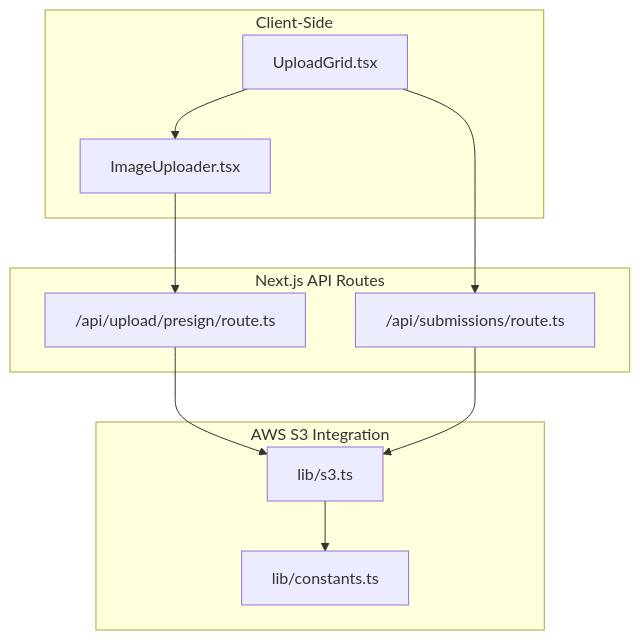
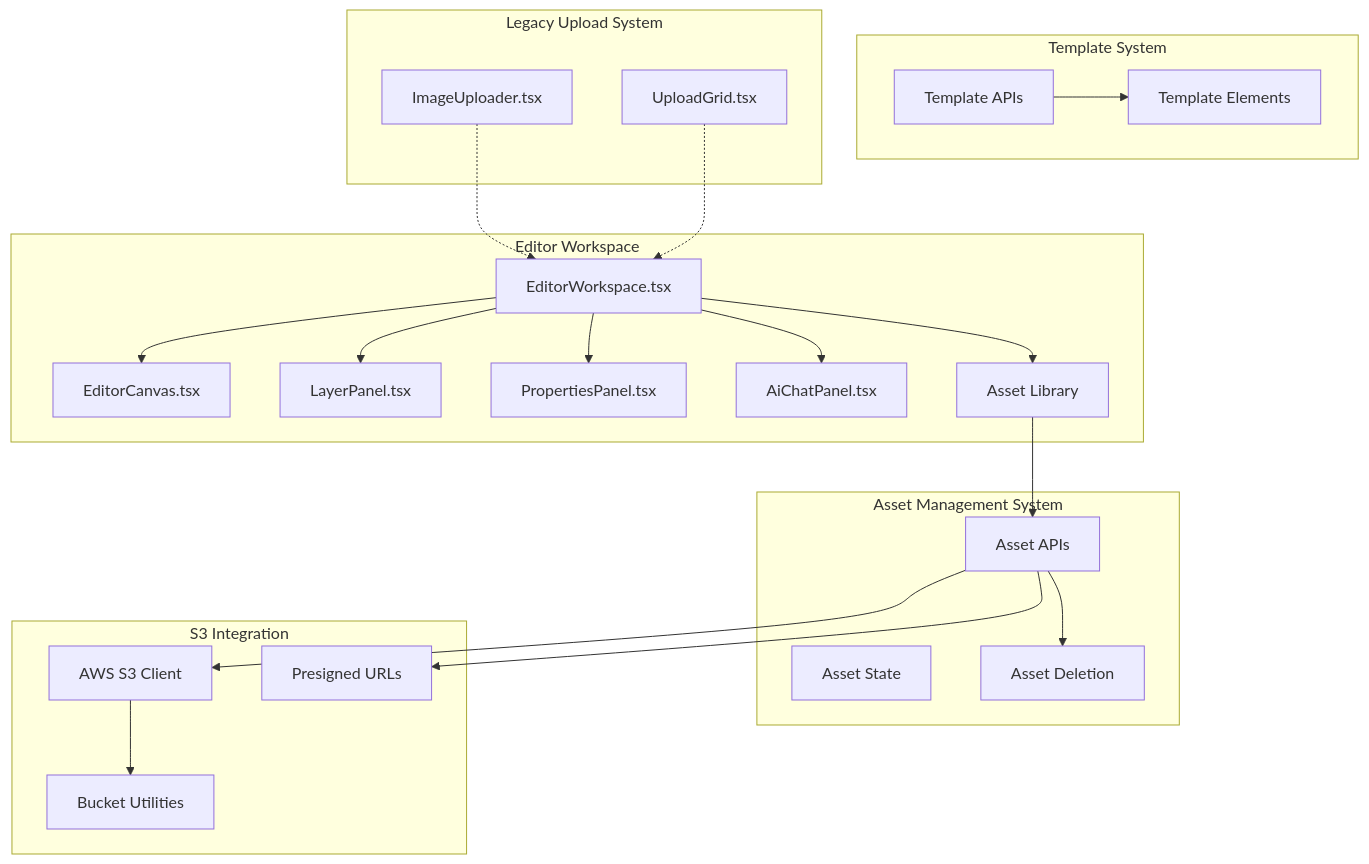
Before and after one commit to Crowdspender/titchybooks-app: the first of 12 diagrams in .qoder/repowiki/en/content/Image Upload System/Image Upload System.md, drawn with Mermaid. The commit also changed other lines of this file and 62 other files, not shown here.

````diff
--- a/.qoder/repowiki/en/content/Image Upload System/Image Upload System.md
+++ b/.qoder/repowiki/en/content/Image Upload System/Image Upload System.md
@@ -36,21 +68,42 @@
 ```mermaid
 graph TB
-subgraph "Client-Side"
-IG["UploadGrid.tsx"]
+subgraph "Editor Workspace"
+EW["EditorWorkspace.tsx"]
+EC["EditorCanvas.tsx"]
+LP["LayerPanel.tsx"]
+PP["PropertiesPanel.tsx"]
+ACP["AiChatPanel.tsx"]
+AL["Asset Library"]
+end
+subgraph "Asset Management System"
+AM["Asset APIs"]
+AS["Asset State"]
+AD["Asset Deletion"]
+end
+subgraph "S3 Integration"
+S3["AWS S3 Client"]
+PS["Presigned URLs"]
+BU["Bucket Utilities"]
+end
+subgraph "Template System"
+TS["Template APIs"]
+TE["Template Elements"]
+end
+subgraph "Legacy Upload System"
 IU["ImageUploader.tsx"]
+UG["UploadGrid.tsx"]
 end
-subgraph "Next.js API Routes"
-PRESIGN["/api/upload/presign/route.ts"]
-SUBMIT["/api/submissions/route.ts"]
-end
-subgraph "AWS S3 Integration"
-S3UTIL["lib/s3.ts"]
-CONST["lib/constants.ts"]
-end
-IG --> IU
-IU --> PRESIGN
-PRESIGN --> S3UTIL
-IG --> SUBMIT
-SUBMIT --> S3UTIL
-S3UTIL --> CONST
+EW --> EC
+EW --> LP
+EW --> PP
+EW --> ACP
+EW --> AL
+AL --> AM
+AM --> S3
+AM --> PS
+AM --> AD
+S3 --> BU
+TS --> TE
+IU -.-> EW
+UG -.-> EW
 ```
````
